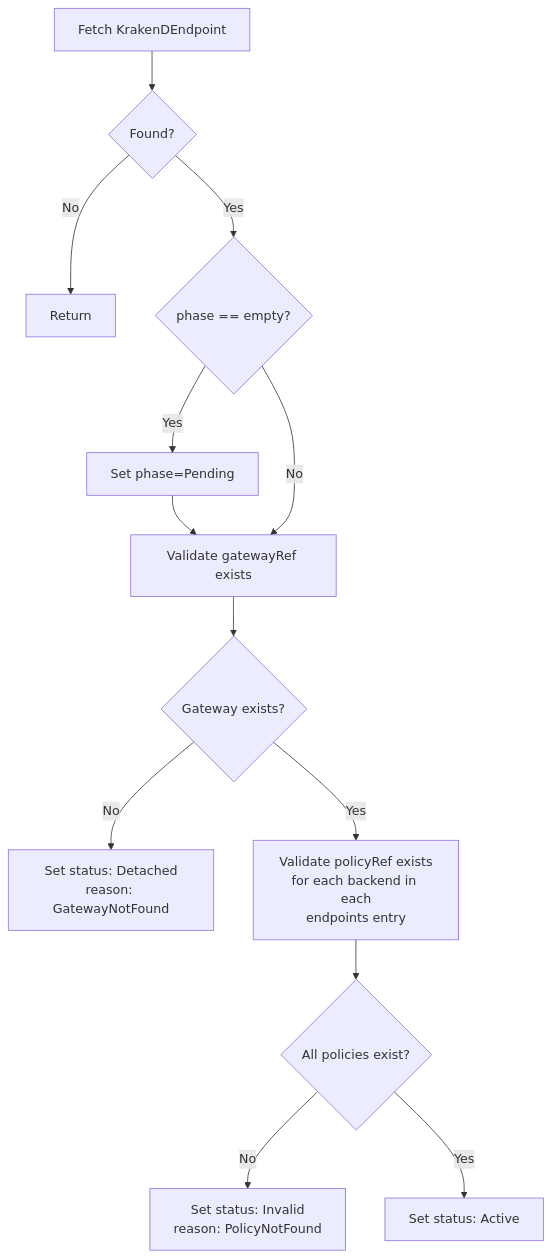
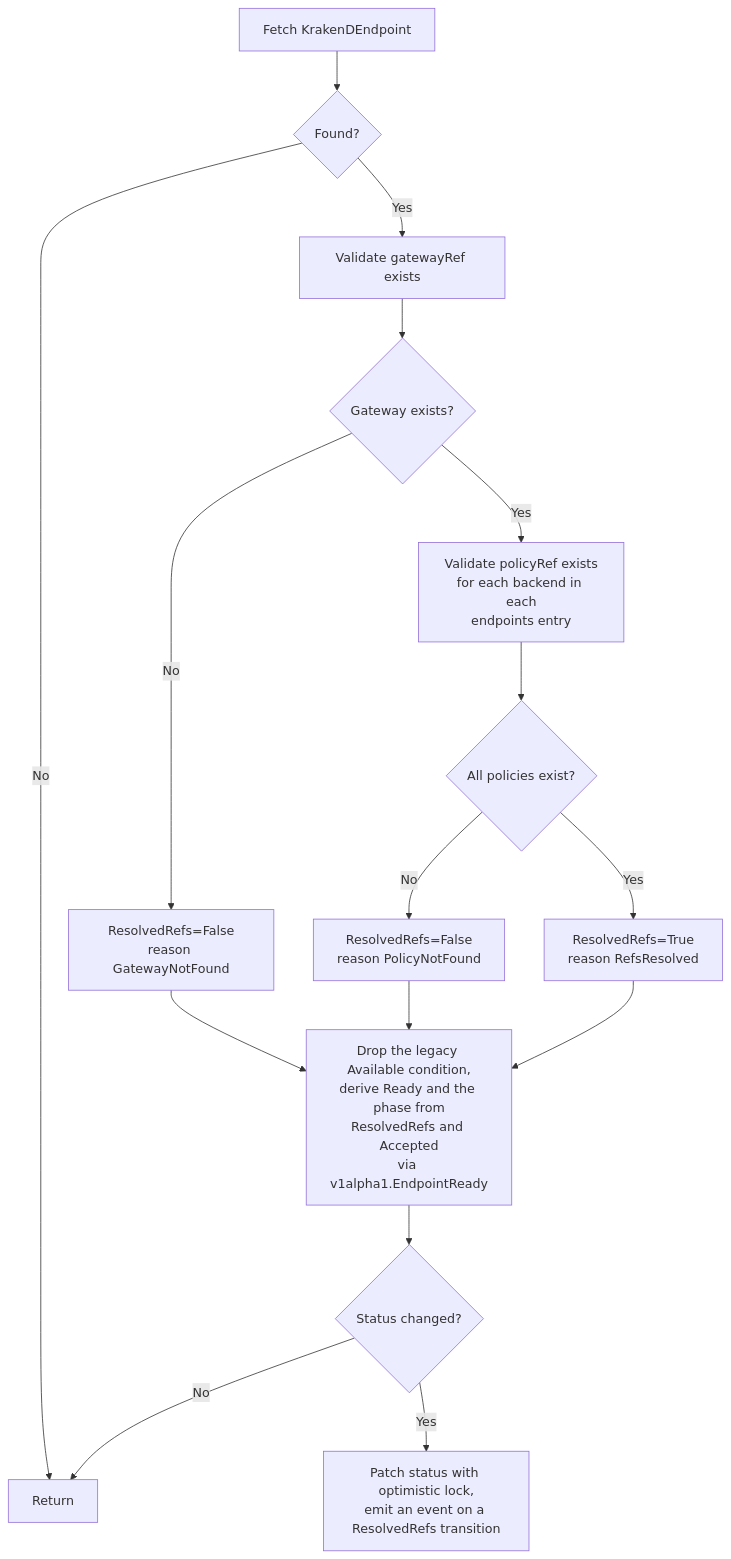
Before and after one commit to MyCarrier-DevOps/KrakenD-Operator: the fourth of 10 diagrams in architecture/application/application-architecture.md, drawn with Mermaid. The commit also changed other lines of this file, not shown here.

First line of the commit message:
docs(architecture): describe the derived status model

````diff
--- a/architecture/application/application-architecture.md
+++ b/architecture/application/application-architecture.md
@@ -1091,15 +1087,18 @@
 ```mermaid
 flowchart TD
     A[Fetch KrakenDEndpoint] --> B{Found?}
     B -->|No| Z[Return]
-    B -->|Yes| B1{phase == empty?}
-    B1 -->|Yes| B2[Set phase=Pending]
-    B2 --> C
-    B1 -->|No| C[Validate gatewayRef exists]
+    B -->|Yes| C[Validate gatewayRef exists]
     C --> D{Gateway exists?}
-    D -->|No| E[Set status: Detached<br/>reason: GatewayNotFound]
+    D -->|No| E[ResolvedRefs=False<br/>reason GatewayNotFound]
     D -->|Yes| F[Validate policyRef exists<br/>for each backend in each<br/>endpoints entry]
     F --> G{All policies exist?}
-    G -->|No| H[Set status: Invalid<br/>reason: PolicyNotFound]
-    G -->|Yes| I[Set status: Active]
+    G -->|No| H[ResolvedRefs=False<br/>reason PolicyNotFound]
+    G -->|Yes| I[ResolvedRefs=True<br/>reason RefsResolved]
+    E --> J
+    H --> J
+    I --> J[Drop the legacy Available condition,<br/>derive Ready and the phase from<br/>ResolvedRefs and Accepted<br/>via v1alpha1.EndpointReady]
+    J --> K{Status changed?}
+    K -->|Yes| L[Patch status with optimistic lock,<br/>emit an event on a ResolvedRefs transition]
+    K -->|No| Z
 ```
````
